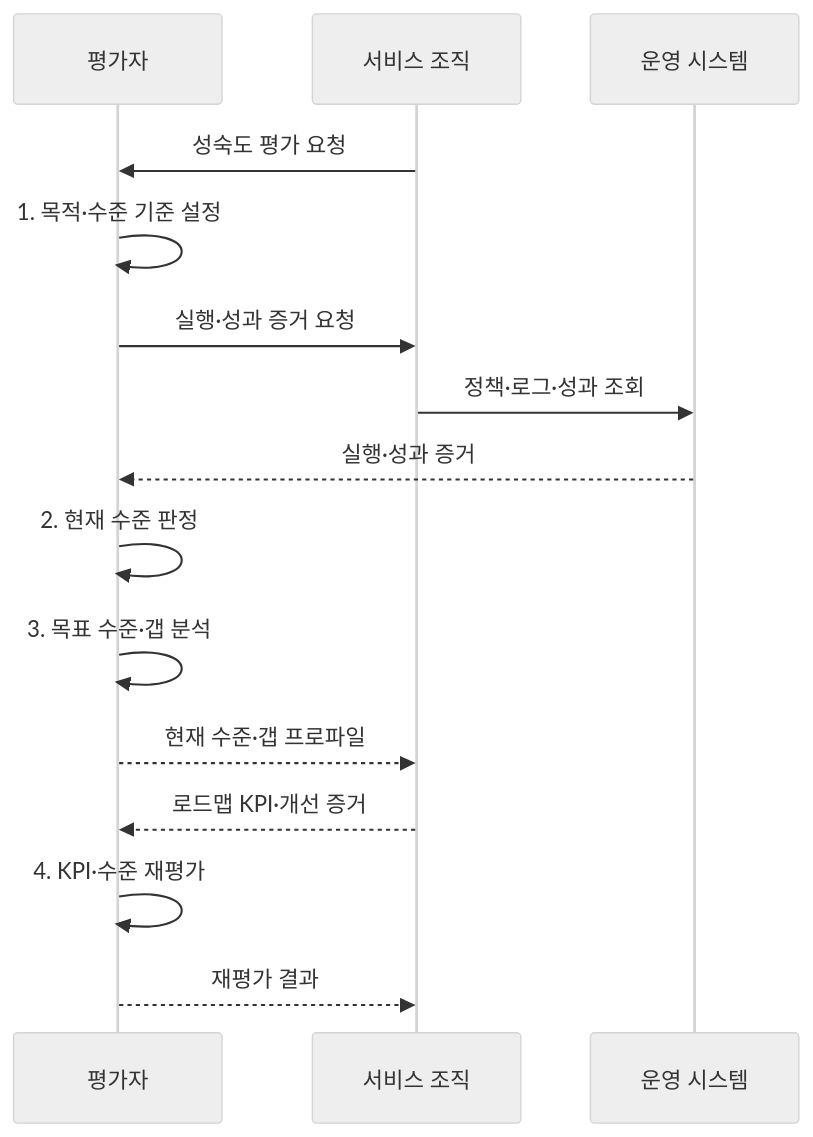
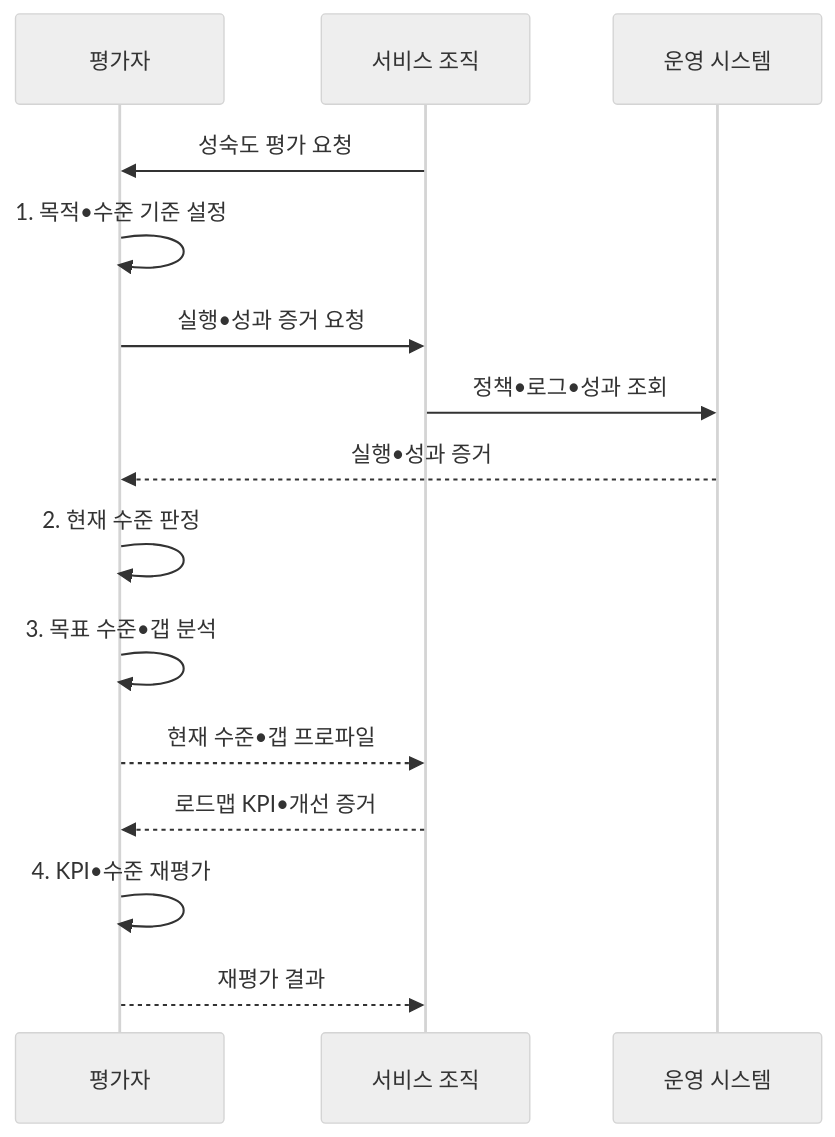
The second of 2 diagrams in src/content/docs/notes/06-evaluation/051_digital_service_maturity_evaluation.md (agnusdei1207/knowledge-base), drawn with Mermaid (neutral theme) before and after one commit. The commit also changed other lines of this file and 953 other files, not shown here.

````diff
--- a/src/content/docs/notes/06-evaluation/051_digital_service_maturity_evaluation.md
+++ b/src/content/docs/notes/06-evaluation/051_digital_service_maturity_evaluation.md
@@ -102,17 +102,17 @@
 ```mermaid
 sequenceDiagram
     participant E as 평가자
     participant O as 서비스 조직
     participant S as 운영 시스템
     O->>E: 성숙도 평가 요청
-    E->>E: 1. 목적·수준 기준 설정
-    E->>O: 실행·성과 증거 요청
-    O->>S: 정책·로그·성과 조회
-    S-->>E: 실행·성과 증거
+    E->>E: 1. 목적•수준 기준 설정
+    E->>O: 실행•성과 증거 요청
+    O->>S: 정책•로그•성과 조회
+    S-->>E: 실행•성과 증거
     E->>E: 2. 현재 수준 판정
-    E->>E: 3. 목표 수준·갭 분석
-    E-->>O: 현재 수준·갭 프로파일
-    O-->>E: 로드맵 KPI·개선 증거
-    E->>E: 4. KPI·수준 재평가
+    E->>E: 3. 목표 수준•갭 분석
+    E-->>O: 현재 수준•갭 프로파일
+    O-->>E: 로드맵 KPI•개선 증거
+    E->>E: 4. KPI•수준 재평가
     E-->>O: 재평가 결과
 ```
````
